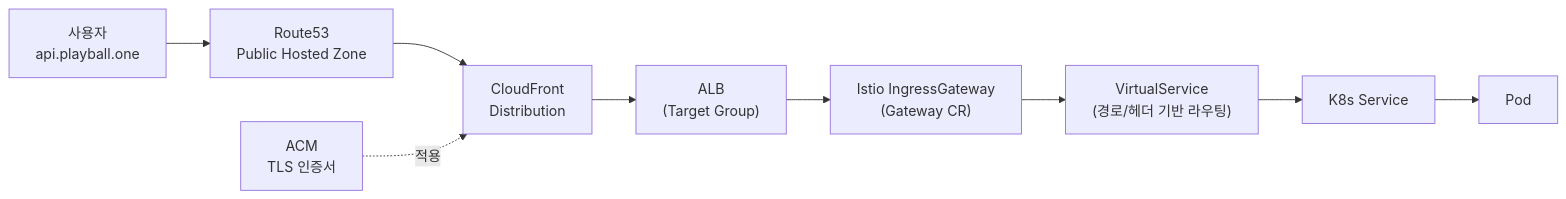
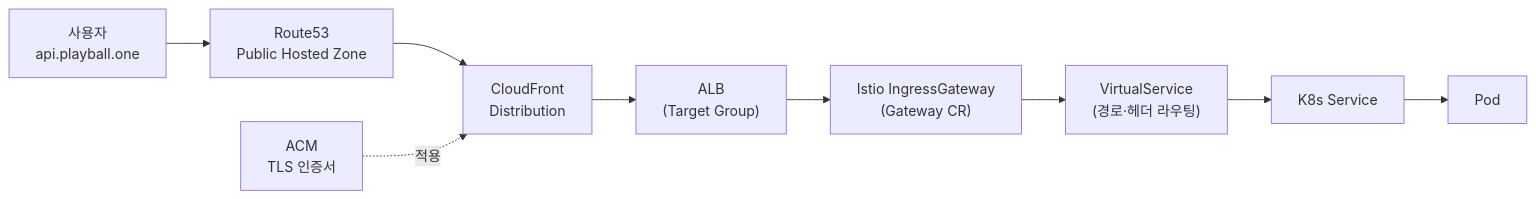
Before and after one commit to goorm-gongbang/001-finalPR: the diagram in docs/content/infrastructure/domain-routing.md, drawn with Mermaid. The commit also changed other lines of this file and 7 other files, not shown here.

````diff
--- a/docs/content/infrastructure/domain-routing.md
+++ b/docs/content/infrastructure/domain-routing.md
@@ -7,11 +7,11 @@
 ```mermaid
 flowchart LR
     USER["사용자<br/>api.playball.one"] --> R53["Route53<br/>Public Hosted Zone"]
     R53 --> CF["CloudFront<br/>Distribution"]
     ACM["ACM<br/>TLS 인증서"] -. 적용 .-> CF
     CF --> ALB["ALB<br/>(Target Group)"]
     ALB --> GW["Istio IngressGateway<br/>(Gateway CR)"]
-    GW --> VS["VirtualService<br/>(경로/헤더 기반 라우팅)"]
+    GW --> VS["VirtualService<br/>(경로·헤더 라우팅)"]
     VS --> SVC["K8s Service"]
     SVC --> POD["Pod"]
 ```
````
